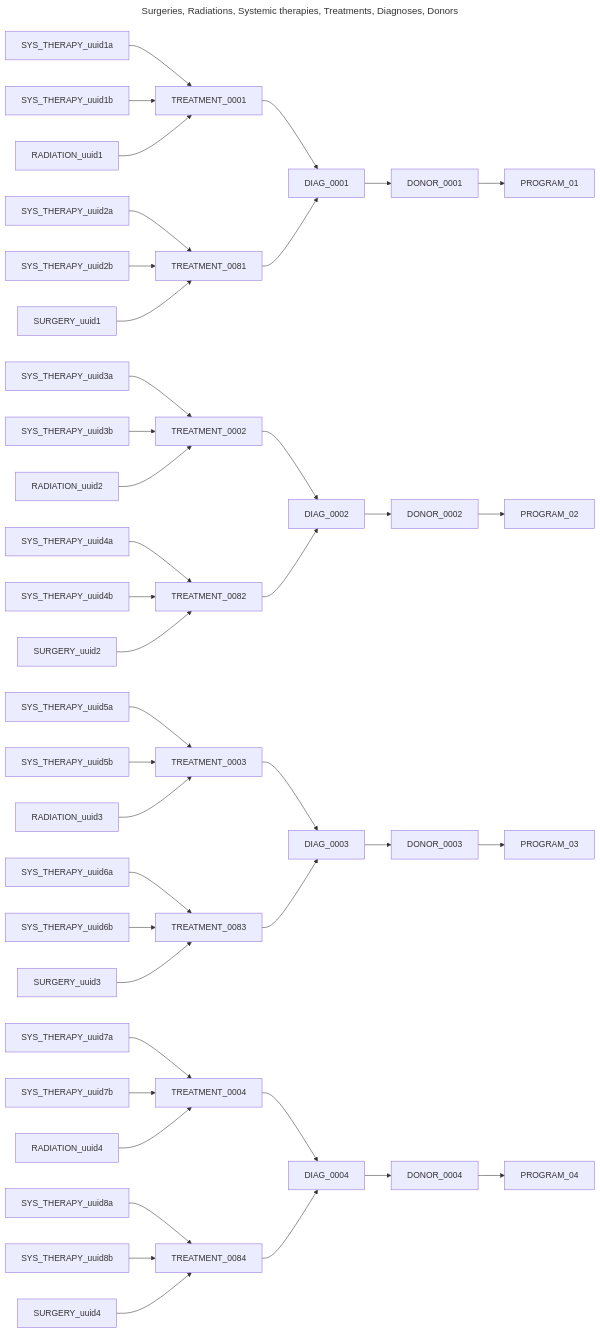
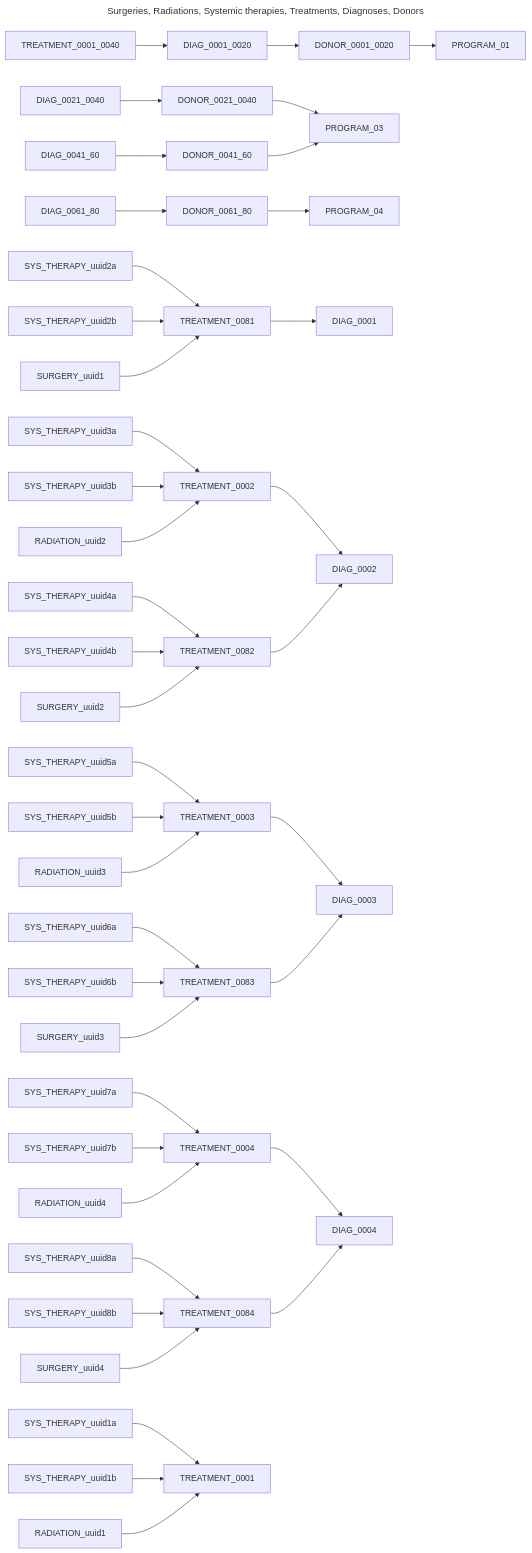
Before and after one commit to CanDIG/katsu: the third of 5 diagrams in chord_metadata_service/mohpackets/data/small_dataset/README.md, drawn with Mermaid. The commit also changed other lines of this file, not shown here.

````diff
--- a/chord_metadata_service/mohpackets/data/small_dataset/README.md
+++ b/chord_metadata_service/mohpackets/data/small_dataset/README.md
@@ -59,42 +53,42 @@
 ```mermaid
 ---
 title: Surgeries, Radiations, Systemic therapies, Treatments, Diagnoses, Donors
 ---
 graph LR;  
-  DIAG_0001 --> DONOR_0001 --> PROGRAM_01;  
-  DIAG_0002 --> DONOR_0002 --> PROGRAM_02;  
-  DIAG_0003 --> DONOR_0003 --> PROGRAM_03;  
-  DIAG_0004 --> DONOR_0004 --> PROGRAM_04;
-  TREATMENT_0001 --> DIAG_0001;
+  DIAG_0001_0020 --> DONOR_0001_0020 --> PROGRAM_01;  
+  DIAG_0021_0040 --> DONOR_0021_0040 --> PROGRAM_03;  
+  DIAG_0041_60 --> DONOR_0041_60 --> PROGRAM_03;  
+  DIAG_0061_80 --> DONOR_0061_80 --> PROGRAM_04;
+  TREATMENT_0001_0040 --> DIAG_0001_0020;
   TREATMENT_0081 --> DIAG_0001;  
   TREATMENT_0002 --> DIAG_0002; 
   TREATMENT_0082 --> DIAG_0002;  
   TREATMENT_0003 --> DIAG_0003; 
   TREATMENT_0083 --> DIAG_0003; 
   TREATMENT_0004 --> DIAG_0004; 
   TREATMENT_0084 --> DIAG_0004; 
   SYS_THERAPY_uuid1a --> TREATMENT_0001;
   SYS_THERAPY_uuid1b --> TREATMENT_0001;
   SYS_THERAPY_uuid2a --> TREATMENT_0081;
   SYS_THERAPY_uuid2b --> TREATMENT_0081;  
   SYS_THERAPY_uuid3a --> TREATMENT_0002; 
   SYS_THERAPY_uuid3b --> TREATMENT_0002; 
   SYS_THERAPY_uuid4a --> TREATMENT_0082;  
   SYS_THERAPY_uuid4b --> TREATMENT_0082;  
   SYS_THERAPY_uuid5a --> TREATMENT_0003; 
   SYS_THERAPY_uuid5b --> TREATMENT_0003; 
   SYS_THERAPY_uuid6a --> TREATMENT_0083; 
   SYS_THERAPY_uuid6b --> TREATMENT_0083; 
   SYS_THERAPY_uuid7a --> TREATMENT_0004; 
   SYS_THERAPY_uuid7b --> TREATMENT_0004; 
   SYS_THERAPY_uuid8a --> TREATMENT_0084;
   SYS_THERAPY_uuid8b --> TREATMENT_0084;
   RADIATION_uuid1 --> TREATMENT_0001;
   RADIATION_uuid2 --> TREATMENT_0002; 
   RADIATION_uuid3 --> TREATMENT_0003;  
   RADIATION_uuid4 --> TREATMENT_0004;  
   SURGERY_uuid1 --> TREATMENT_0081;
   SURGERY_uuid2 --> TREATMENT_0082; 
   SURGERY_uuid3 --> TREATMENT_0083;  
   SURGERY_uuid4 --> TREATMENT_0084;  
 ```
````
